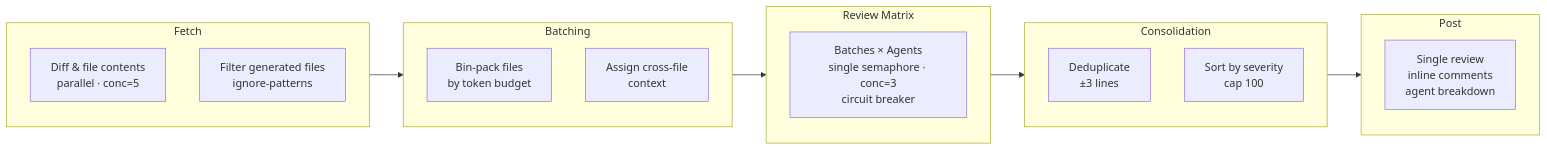
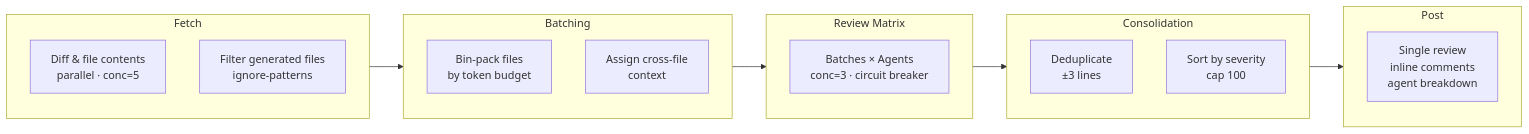
The diagram in README.md (4itworks/livvie_code_review), drawn with Mermaid before and after one commit. The commit also changed other lines of this file, not shown here.

````diff
--- a/README.md
+++ b/README.md
@@ -59,22 +318,22 @@
 ```mermaid
 flowchart LR
     subgraph FETCH["Fetch"]
         F1["Diff & file contents<br/>parallel · conc=5"]
         F2["Filter generated files<br/>ignore-patterns"]
     end
     subgraph BATCH["Batching"]
         B1["Bin-pack files<br/>by token budget"]
         B2["Assign cross-file<br/>context"]
     end
     subgraph REVIEW["Review Matrix"]
-        R1["Batches × Agents<br/>single semaphore · conc=3<br/>circuit breaker"]
+        R1["Batches × Agents<br/>conc=3 · circuit breaker"]
     end
     subgraph CONSOL["Consolidation"]
         C1["Deduplicate<br/>±3 lines"]
         C2["Sort by severity<br/>cap 100"]
     end
     subgraph POST["Post"]
         P1["Single review<br/>inline comments<br/>agent breakdown"]
     end
     FETCH --> BATCH --> REVIEW --> CONSOL --> POST
 ```
````
